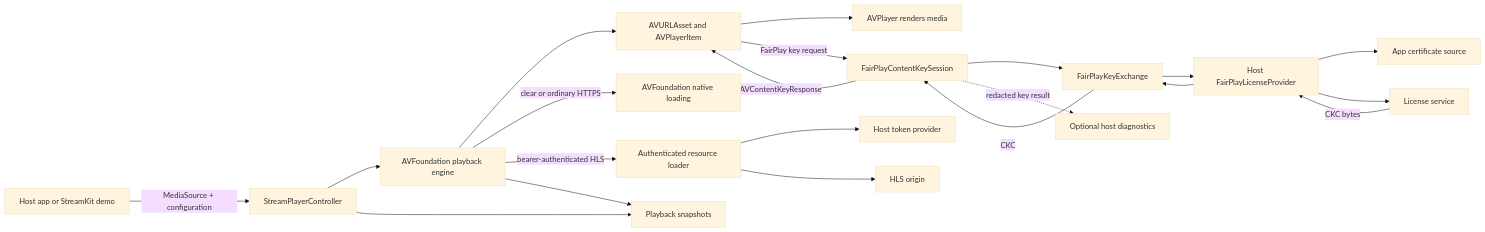
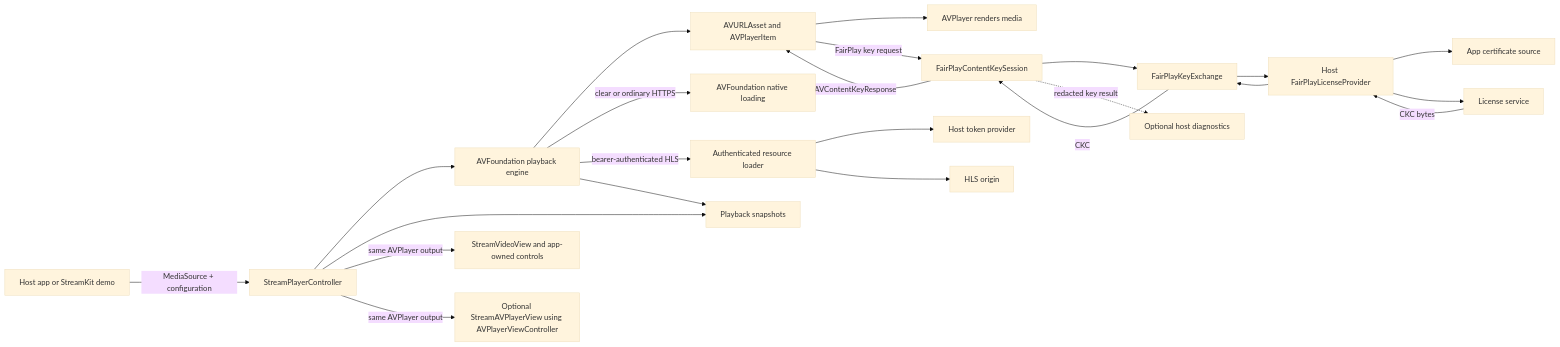
The diagram in Documentation/Architecture.md (issawi-iheb/StreamKit), drawn with Mermaid (base theme) before and after one commit. The commit also changed other lines of this file and 10 other files, not shown here.

````diff
--- a/Documentation/Architecture.md
+++ b/Documentation/Architecture.md
@@ -38,23 +38,25 @@
 ```mermaid
 flowchart LR
     App[Host app or StreamKit demo] -->|MediaSource + configuration| Controller[StreamPlayerController]
     Controller --> Engine[AVFoundation playback engine]
     Engine --> Asset[AVURLAsset and AVPlayerItem]
     Asset --> Player[AVPlayer renders media]
     Engine -->|clear or ordinary HTTPS| Native[AVFoundation native loading]
     Engine -->|bearer-authenticated HLS| Loader[Authenticated resource loader]
     Loader --> TokenProvider[Host token provider]
     Loader --> Origin[HLS origin]
     Asset -->|FairPlay key request| KeySession[FairPlayContentKeySession]
     KeySession --> Exchange[FairPlayKeyExchange]
     Exchange --> Provider[Host FairPlayLicenseProvider]
     Provider --> Certificate[App certificate source]
     Provider --> License[License service]
     License -->|CKC bytes| Provider
     Provider --> Exchange
     Exchange -->|CKC| KeySession
     KeySession -->|AVContentKeyResponse| Asset
     Engine --> Snapshots[Playback snapshots]
     Controller --> Snapshots
+    Controller -->|same AVPlayer output| CustomView[StreamVideoView and app-owned controls]
+    Controller -->|same AVPlayer output| SystemView[Optional StreamAVPlayerView using AVPlayerViewController]
     KeySession -. redacted key result .-> Diagnostics[Optional host diagnostics]
 ```
````
